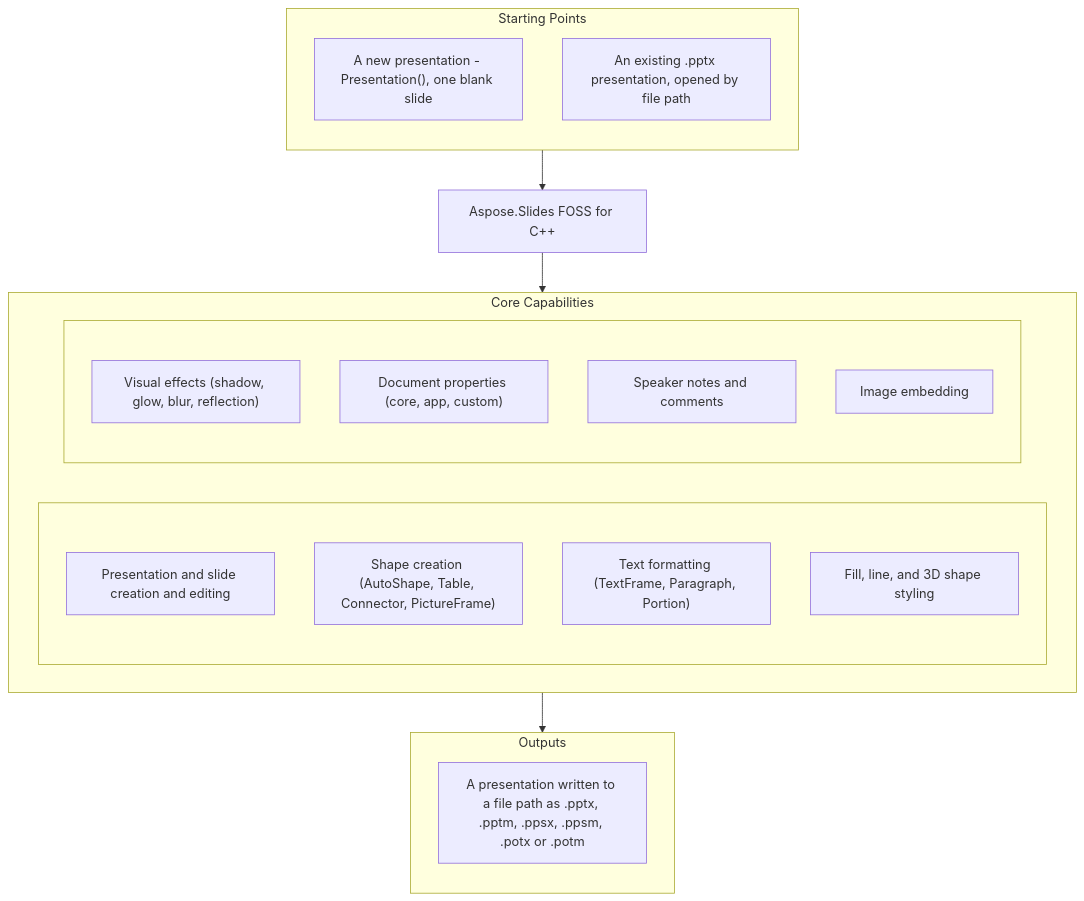
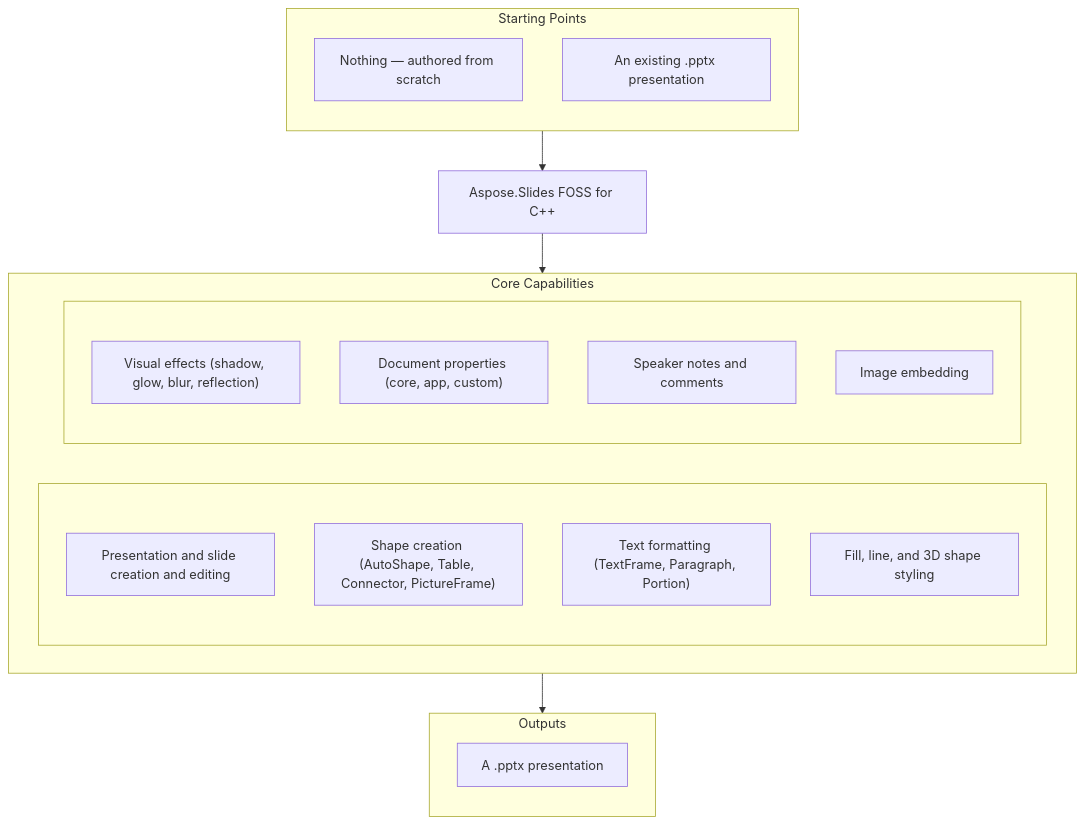
One commit to aspose-slides-foss/Aspose.Slides-FOSS-for-Cpp changed the diagram in README.md. Above: the diagram before and after it, drawn with Mermaid. The commit also changed other lines of this file, not shown here.

````diff
--- a/README.md
+++ b/README.md
@@ -31,31 +25,31 @@
 ```mermaid
 flowchart TD
   subgraph StartingPoints["Starting Points"]
     direction TB
-    i1["A new presentation - Presentation(), one blank slide"]
-    i2["An existing .pptx presentation, opened by file path"]
+    i1["Nothing — authored from scratch"]
+    i2["An existing .pptx presentation"]
   end
   PRODUCT["Aspose.Slides FOSS for C++"]
   subgraph Capabilities["Core Capabilities"]
     direction LR
     subgraph capl[" "]
       direction TB
       c1["Presentation and slide creation and editing"]
       c2["Shape creation (AutoShape, Table, Connector, PictureFrame)"]
       c3["Text formatting (TextFrame, Paragraph, Portion)"]
       c4["Fill, line, and 3D shape styling"]
     end
     subgraph capr[" "]
       direction TB
       c5["Visual effects (shadow, glow, blur, reflection)"]
       c6["Document properties (core, app, custom)"]
       c7["Speaker notes and comments"]
       c8["Image embedding"]
     end
   end
   subgraph Outputs["Outputs"]
     direction TB
-    o1["A presentation written to a file path as .pptx, .pptm, .ppsx, .ppsm, .potx or .potm"]
+    o1["A .pptx presentation"]
   end
   StartingPoints --> PRODUCT --> Capabilities --> Outputs
 ```
````
